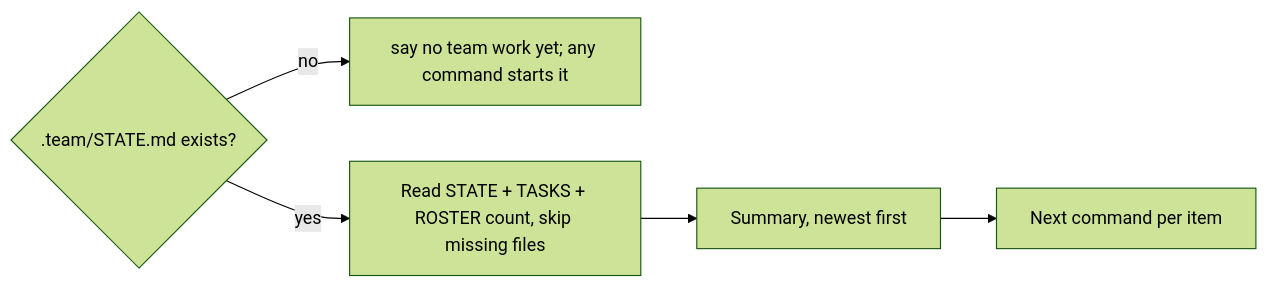
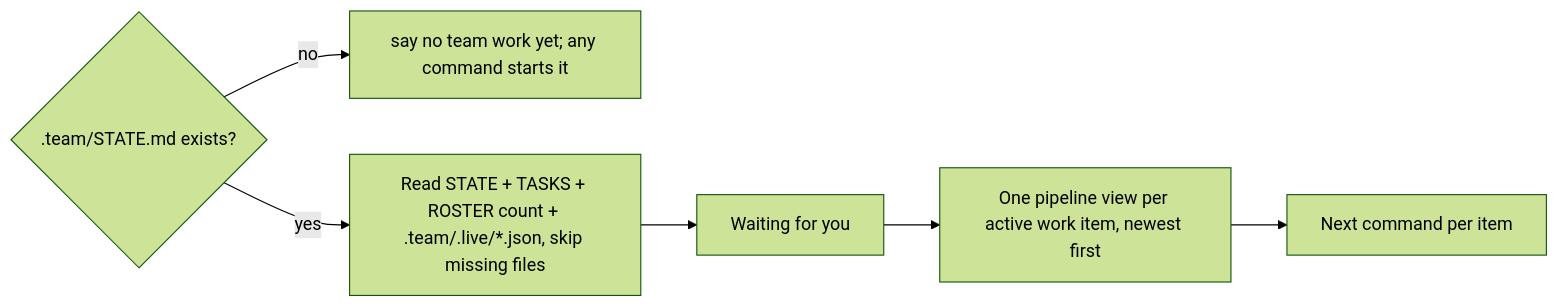
Before and after one commit to Tuan-Quyen/technical-teams: the diagram in commands/status.md, drawn with Mermaid (forest theme). The commit also changed other lines of this file and 34 other files, not shown here.

First line of the commit message:
Rename analyst to ba, add status pipeline view and live agent tracking

````diff
--- a/commands/status.md
+++ b/commands/status.md
@@ -9,5 +9,5 @@
 ```mermaid
 flowchart LR
   A{.team/STATE.md exists?} -- no --> B[say no team work yet; any command starts it]
-  A -- yes --> C[Read STATE + TASKS + ROSTER count, skip missing files] --> D[Summary, newest first] --> E[Next command per item]
+  A -- yes --> C[Read STATE + TASKS + ROSTER count + .team/.live/*.json, skip missing files] --> D[Waiting for you] --> E[One pipeline view per active work item, newest first] --> F[Next command per item]
 ```
````
